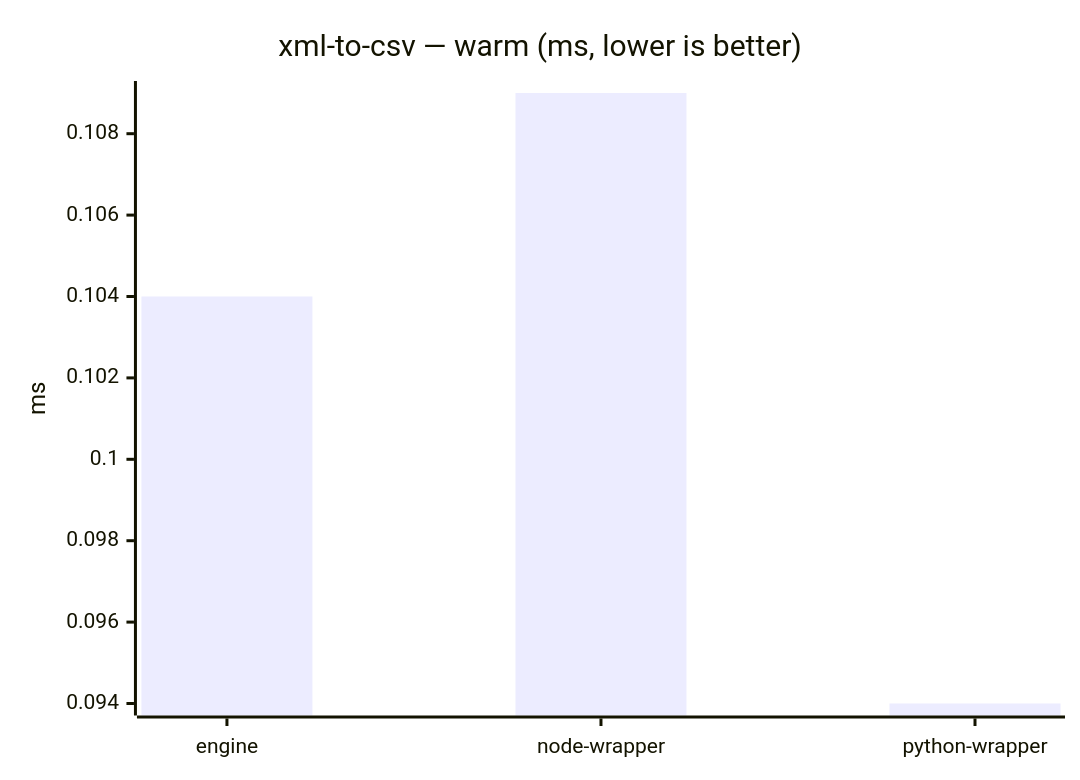
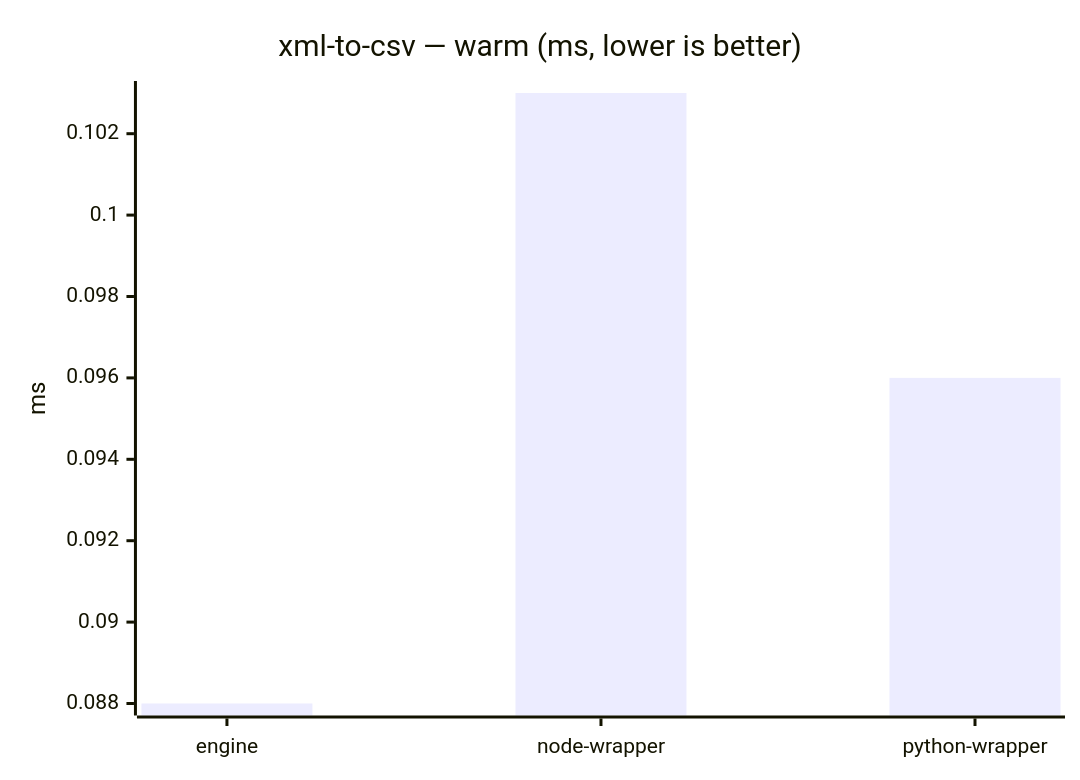
Before and after one commit to mulesoft/data-weave-cli: the tenth of 23 diagrams in benchmarks/report/RESULTS.md, drawn with Mermaid. The commit also changed other lines of this file, not shown here.

````diff
--- a/benchmarks/report/RESULTS.md
+++ b/benchmarks/report/RESULTS.md
@@ -124,7 +124,7 @@
 ```mermaid
 xychart-beta
     title "xml-to-csv — warm (ms, lower is better)"
     x-axis ["engine", "node-wrapper", "python-wrapper"]
     y-axis "ms"
-    bar [0.104, 0.109, 0.094]
+    bar [0.088, 0.103, 0.096]
 ```
````
